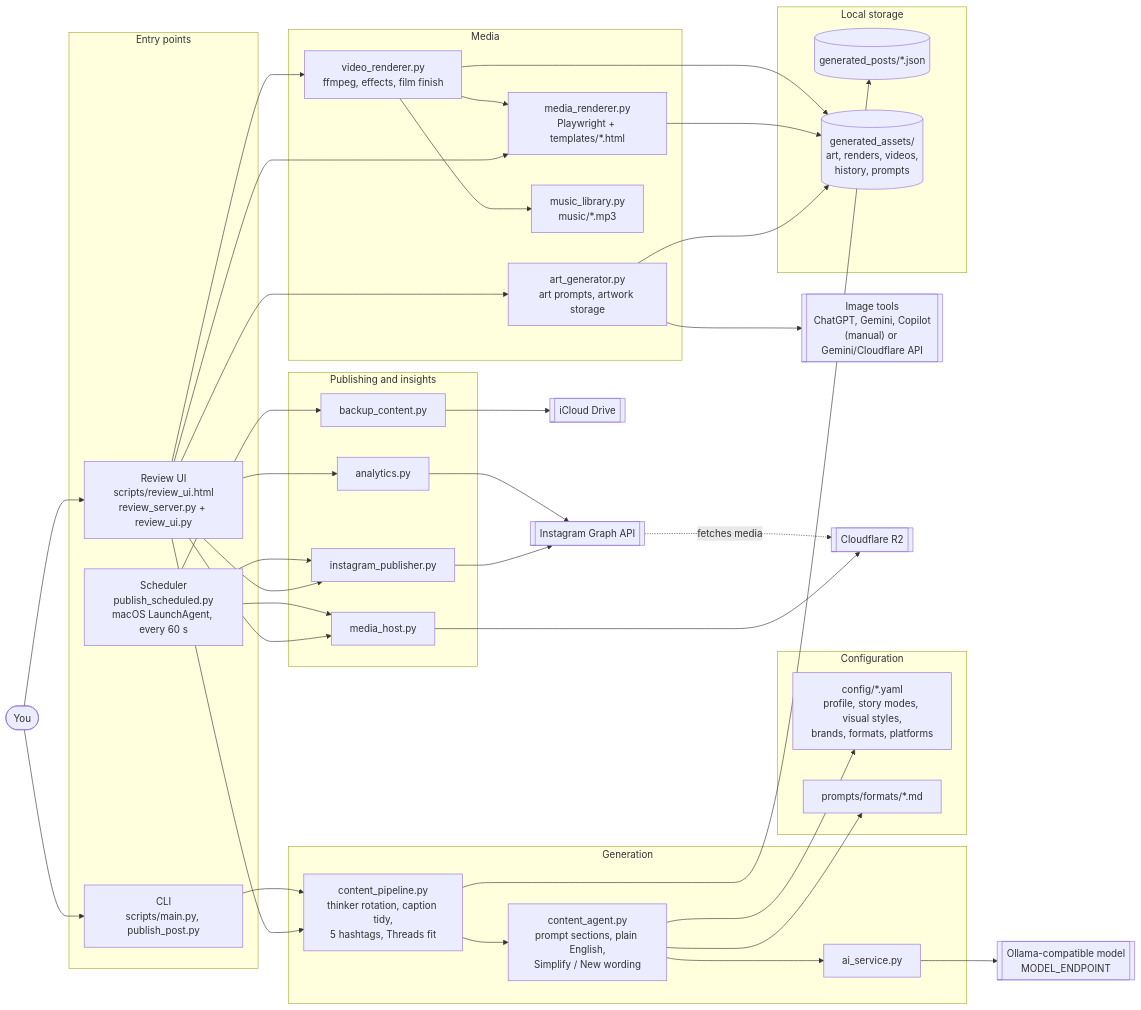
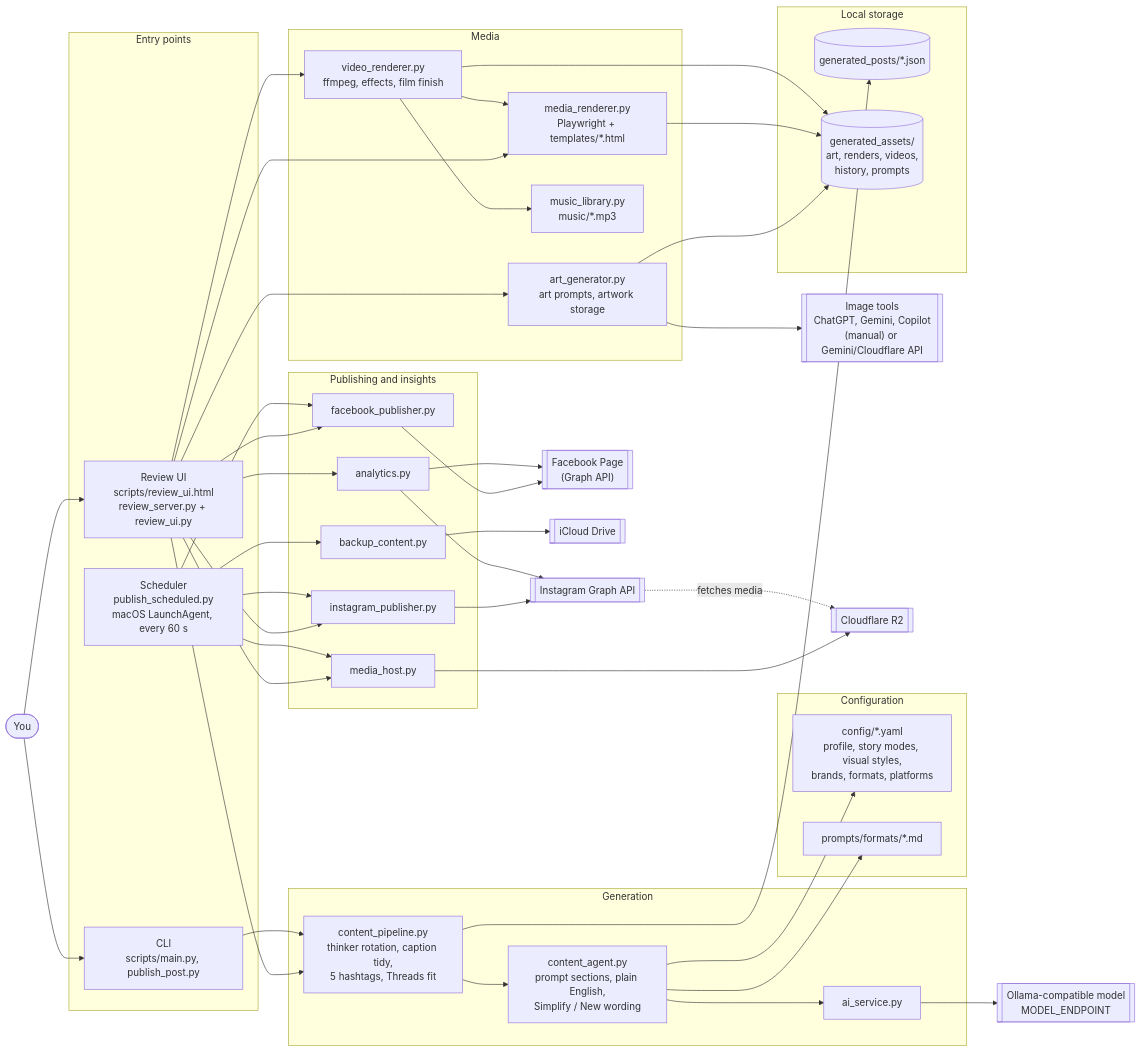
The first of 4 diagrams in 02_SYSTEM_ARCHITECTURE.md (Digvijaythul123/Content_Generation_Agent), drawn with Mermaid before and after one commit. The commit also changed other lines of this file and 2 other files, not shown here.

Commit message:
docs: carousels, Facebook Page posting, scenery and weather, engagement tools

````diff
--- a/02_SYSTEM_ARCHITECTURE.md
+++ b/02_SYSTEM_ARCHITECTURE.md
@@ -22,68 +22,73 @@
 ```mermaid
 flowchart LR
     user(["You"])
 
     subgraph entry["Entry points"]
         ui["Review UI<br/>scripts/review_ui.html<br/>review_server.py + review_ui.py"]
         cli["CLI<br/>scripts/main.py, publish_post.py"]
         sched["Scheduler<br/>publish_scheduled.py<br/>macOS LaunchAgent, every 60 s"]
     end
 
     subgraph gen["Generation"]
         pipe["content_pipeline.py<br/>thinker rotation, caption tidy,<br/>5 hashtags, Threads fit"]
         agent["content_agent.py<br/>prompt sections, plain English,<br/>Simplify / New wording"]
         ai["ai_service.py"]
     end
 
     subgraph cfg["Configuration"]
         yaml["config/*.yaml<br/>profile, story modes, visual styles,<br/>brands, formats, platforms"]
         prompts["prompts/formats/*.md"]
     end
 
     subgraph media["Media"]
         art["art_generator.py<br/>art prompts, artwork storage"]
         render["media_renderer.py<br/>Playwright + templates/*.html"]
         video["video_renderer.py<br/>ffmpeg, effects, film finish"]
         music["music_library.py<br/>music/*.mp3"]
     end
 
     subgraph store["Local storage"]
         posts[("generated_posts/*.json")]
         assets[("generated_assets/<br/>art, renders, videos,<br/>history, prompts")]
     end
 
     subgraph pub["Publishing and insights"]
         host["media_host.py"]
         insta["instagram_publisher.py"]
+        fbpub["facebook_publisher.py"]
         stats["analytics.py"]
         backup["backup_content.py"]
     end
 
     llm[["Ollama-compatible model<br/>MODEL_ENDPOINT"]]
     imgtool[["Image tools<br/>ChatGPT, Gemini, Copilot<br/>(manual) or Gemini/Cloudflare API"]]
     r2[["Cloudflare R2"]]
     ig[["Instagram Graph API"]]
+    fb[["Facebook Page<br/>(Graph API)"]]
     icloud[["iCloud Drive"]]
 
     user --> ui & cli
     ui --> pipe
     cli --> pipe
     pipe --> agent --> ai --> llm
     agent --> yaml & prompts
     pipe --> posts
     ui --> art --> imgtool
     art --> assets
     ui --> render --> assets
     ui --> video
     video --> render
     video --> music
     video --> assets
     ui --> host --> r2
     ui --> insta --> ig
+    ui --> fbpub --> fb
+    sched --> fbpub
     sched --> host
     sched --> insta
     sched --> backup --> icloud
     ig -.->|fetches media| r2
     stats --> ig
+    stats --> fb
     ui --> stats
 ```
````
